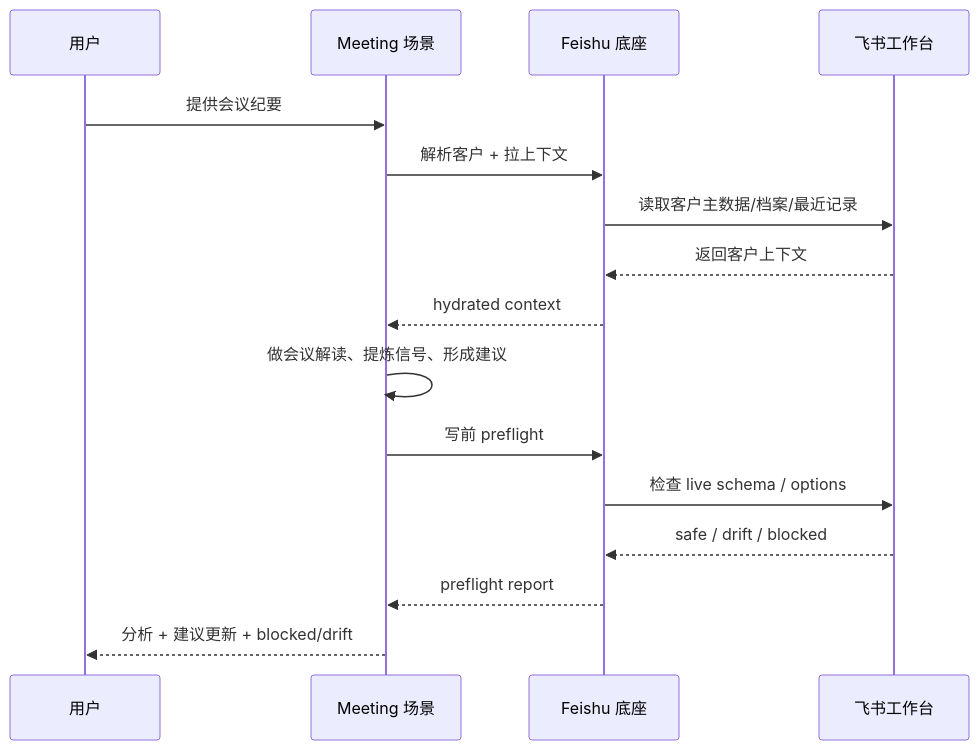
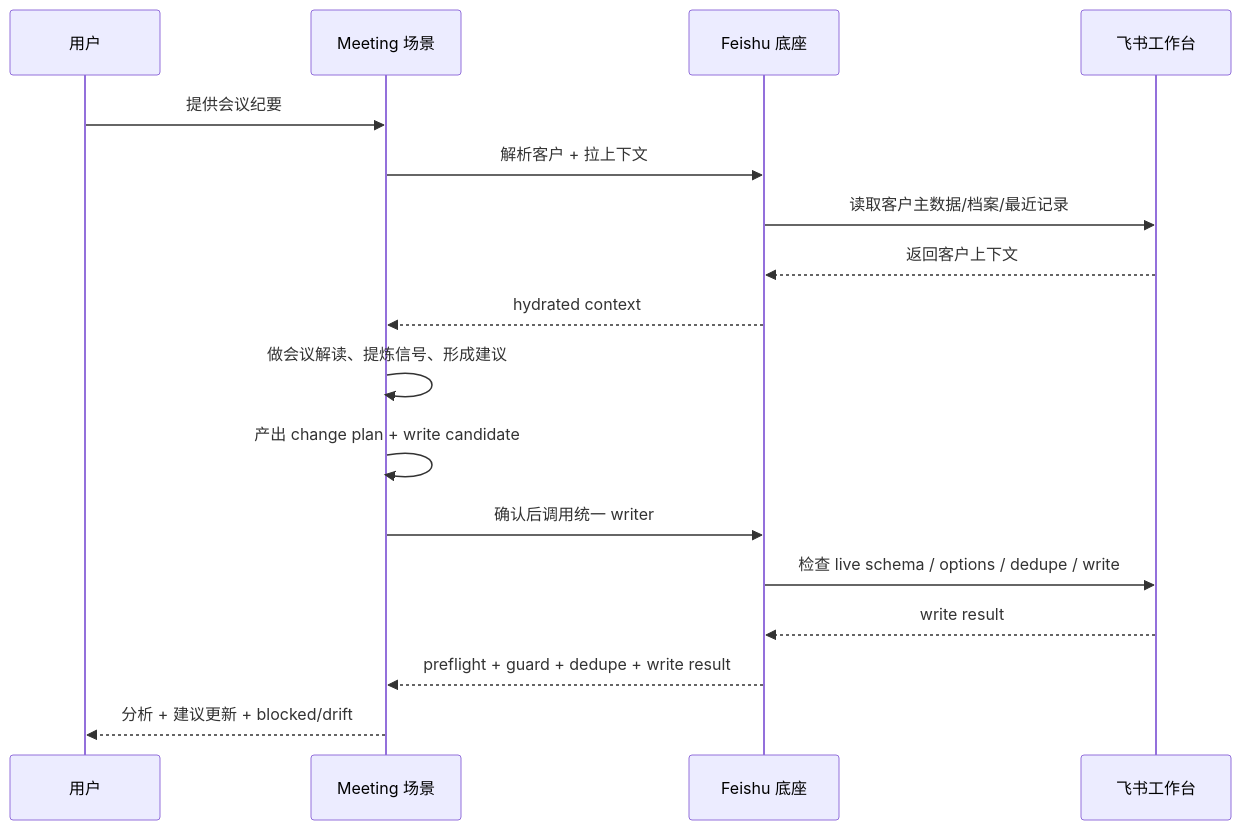
The third of 3 diagrams in ARCHITECTURE.md (fishskylky-tech/feishu-am-workbench), drawn with Mermaid before and after one commit. The commit also changed other lines of this file and 14 other files, not shown here.

Commit message:
feat: unify todo write flow and improve meeting context recovery (#4)

````diff
--- a/ARCHITECTURE.md
+++ b/ARCHITECTURE.md
@@ -281,21 +321,22 @@
 ```mermaid
 sequenceDiagram
     participant U as 用户
     participant S as Meeting 场景
     participant G as Feishu 底座
     participant F as 飞书工作台
 
     U->>S: 提供会议纪要
     S->>G: 解析客户 + 拉上下文
     G->>F: 读取客户主数据/档案/最近记录
     F-->>G: 返回客户上下文
     G-->>S: hydrated context
 
     S->>S: 做会议解读、提炼信号、形成建议
-    S->>G: 写前 preflight
-    G->>F: 检查 live schema / options
-    F-->>G: safe / drift / blocked
-    G-->>S: preflight report
+    S->>S: 产出 change plan + write candidate
+    S->>G: 确认后调用统一 writer
+    G->>F: 检查 live schema / options / dedupe / write
+    F-->>G: write result
+    G-->>S: preflight + guard + dedupe + write result
 
     S-->>U: 分析 + 建议更新 + blocked/drift
 ```
````
